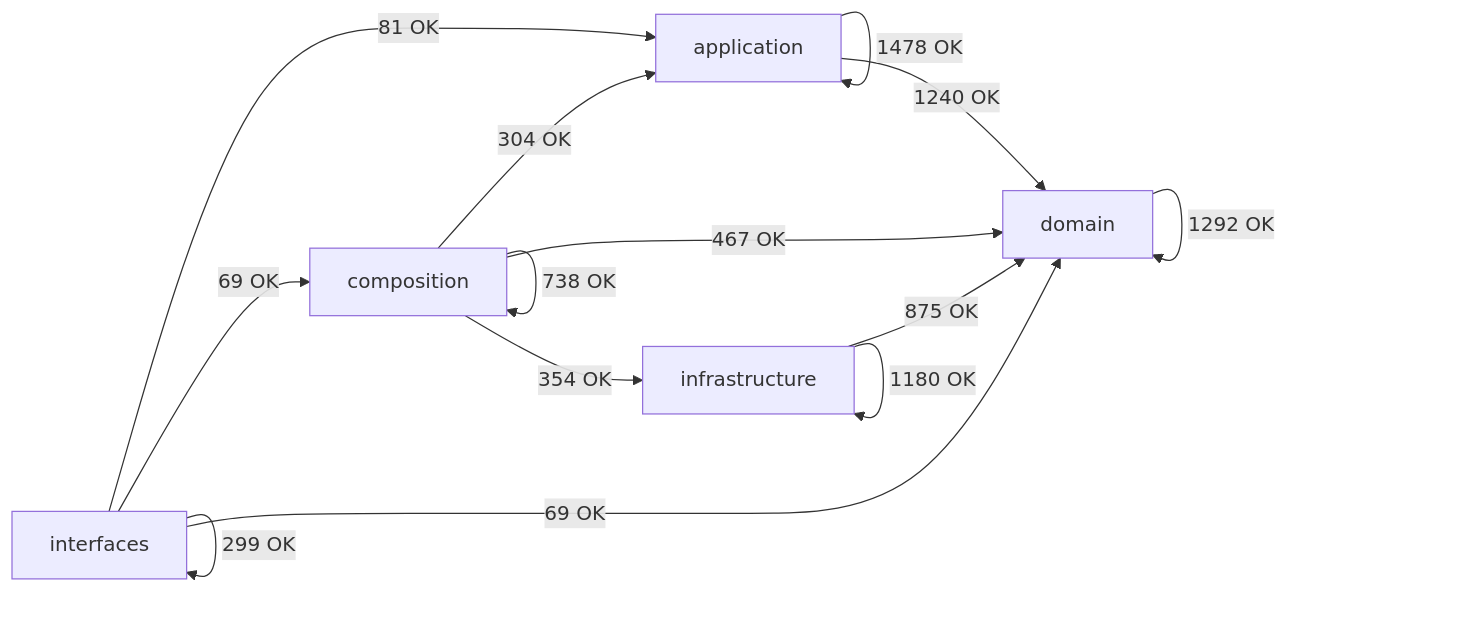
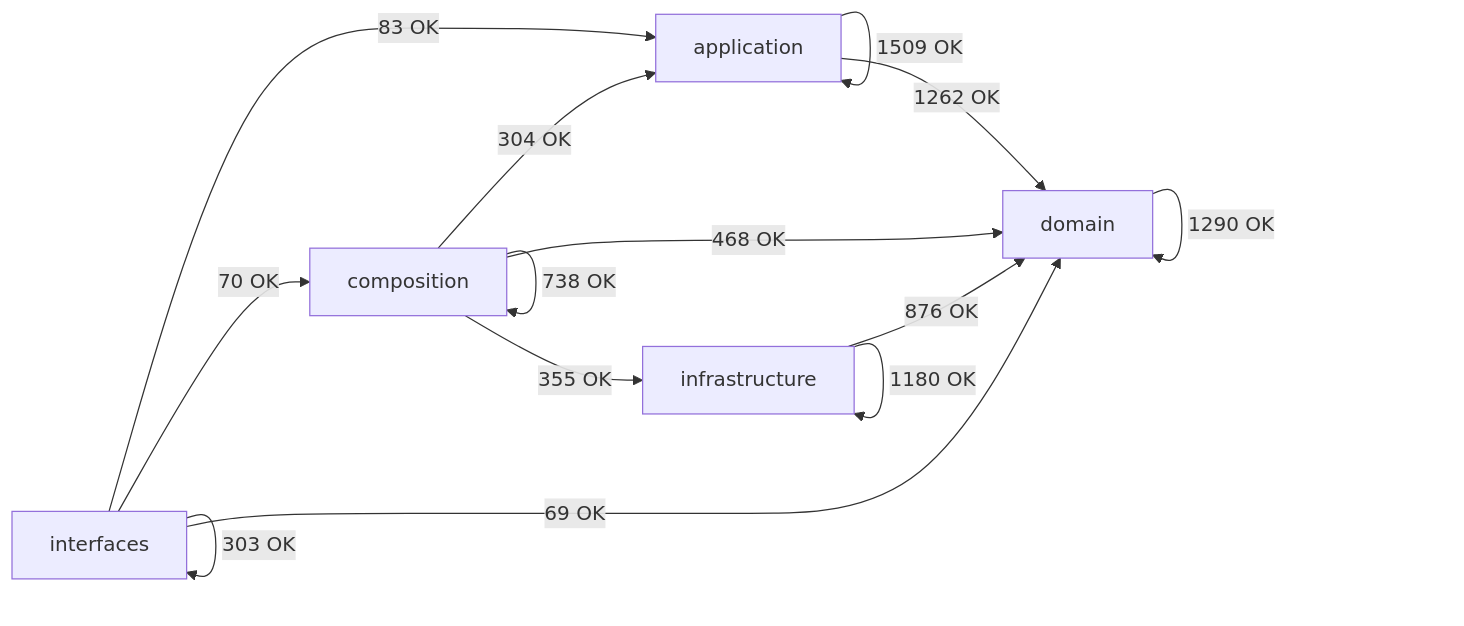
Before and after one commit to SatoryKono/BioactivityDataAcquisition: the diagram in docs/02-architecture/generated/module-dependency-map.md, drawn with Mermaid. The commit also changed other lines of this file and 110 other files, not shown here.

````diff
--- a/docs/02-architecture/generated/module-dependency-map.md
+++ b/docs/02-architecture/generated/module-dependency-map.md
@@ -17,21 +17,21 @@
 ```mermaid
 flowchart LR
     domain[domain]
     application[application]
     infrastructure[infrastructure]
     composition[composition]
     interfaces[interfaces]
-    application -->|1478 OK| application
-    application -->|1240 OK| domain
+    application -->|1509 OK| application
+    application -->|1262 OK| domain
     composition -->|304 OK| application
     composition -->|738 OK| composition
-    composition -->|467 OK| domain
-    composition -->|354 OK| infrastructure
-    domain -->|1292 OK| domain
-    infrastructure -->|875 OK| domain
+    composition -->|468 OK| domain
+    composition -->|355 OK| infrastructure
+    domain -->|1290 OK| domain
+    infrastructure -->|876 OK| domain
     infrastructure -->|1180 OK| infrastructure
-    interfaces -->|81 OK| application
-    interfaces -->|69 OK| composition
+    interfaces -->|83 OK| application
+    interfaces -->|70 OK| composition
     interfaces -->|69 OK| domain
-    interfaces -->|299 OK| interfaces
+    interfaces -->|303 OK| interfaces
 ```
````
